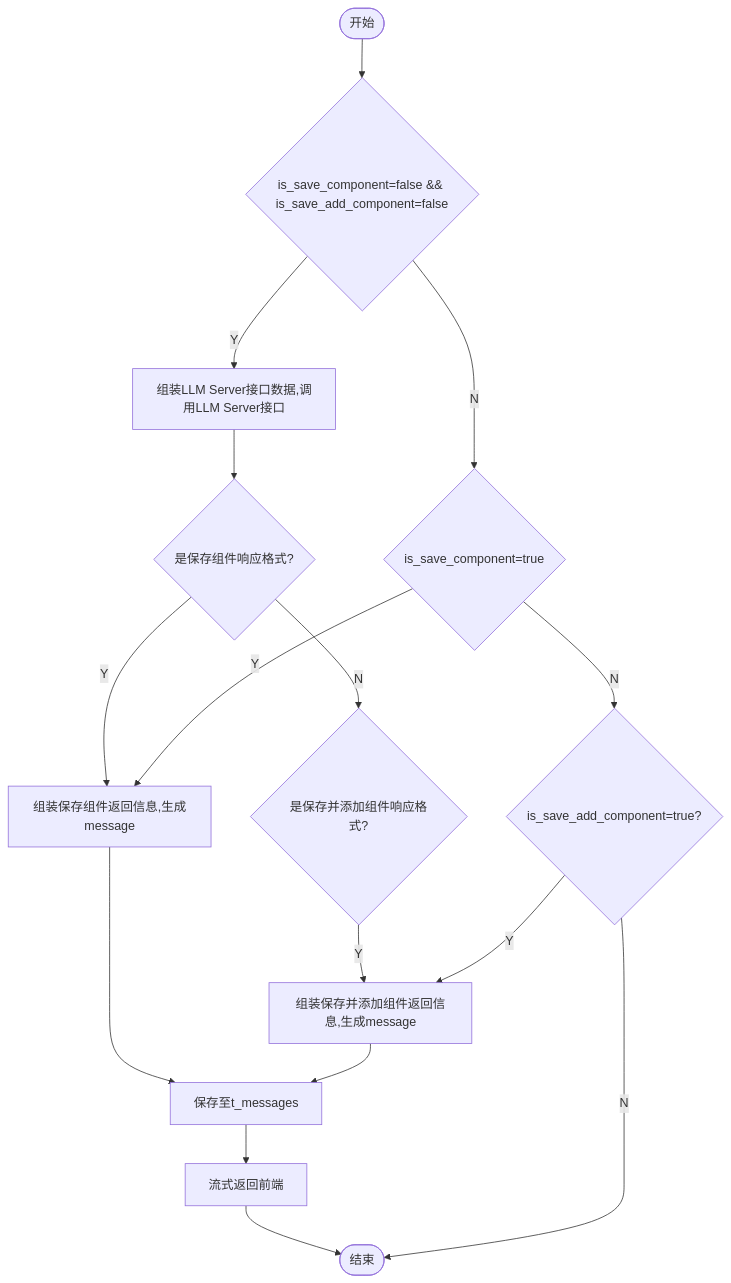
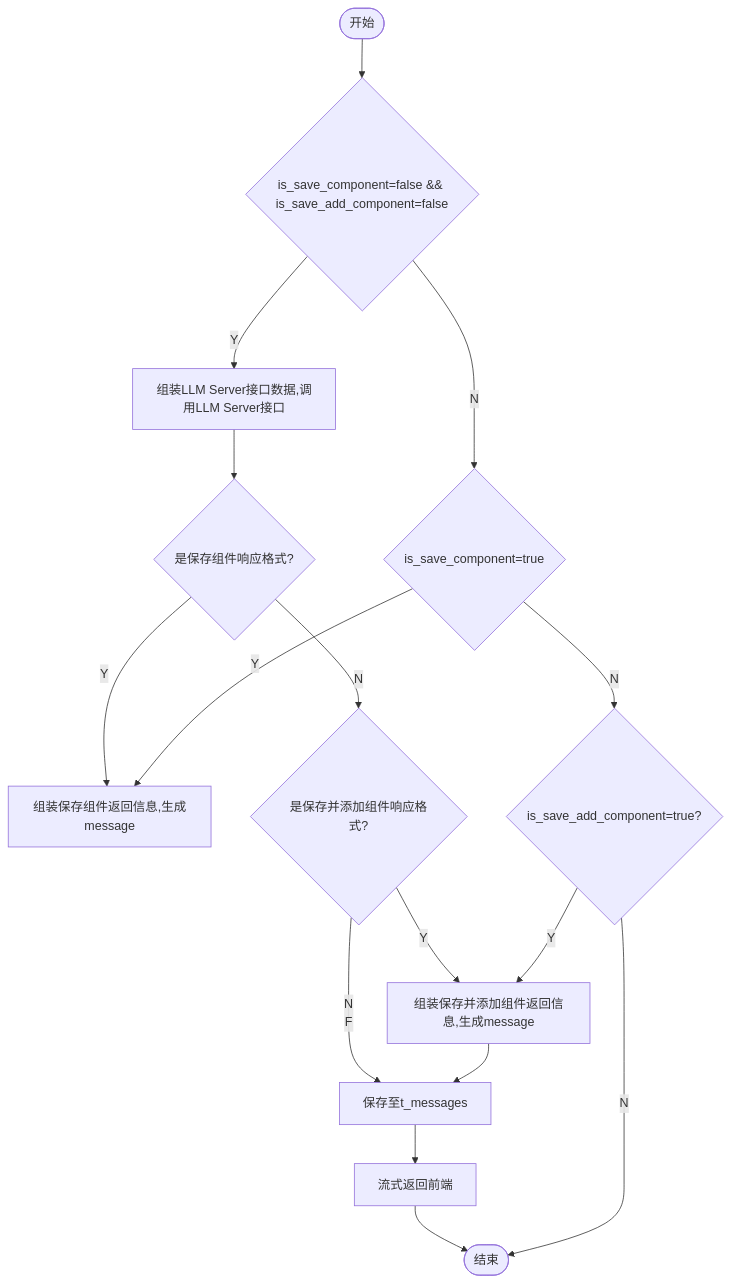
One commit to yingjianzh/iodraw-files changed the diagram in all/未命名-7.md. Above: the diagram before and after it, drawn with Mermaid.

Commit message:
2024-10-12 14:12:21 update

````diff
--- a/all/未命名-7.md
+++ b/all/未命名-7.md
@@ -1,20 +1,20 @@
 ```mermaid
 flowchart TD
     A([开始]) --> B{is_save_component=false && is_save_add_component=false}
     B -- Y --> C[组装LLM Server接口数据,调用LLM Server接口]
     B -- N --> D{is_save_component=true}
     C --> E{是保存组件响应格式?}
     E -- Y --> F[组装保存组件返回信息,生成message]
     E -- N --> L{是保存并添加组件响应格式?}
     L -- Y --> K
-    
+    L -- N
     F --> G[保存至t_messages]
     G --> H[流式返回前端]
     H --> I([结束])
     D -- Y --> F
     D -- N --> J{is_save_add_component=true?}
     J -- Y --> K[组装保存并添加组件返回信息,生成message]
     K --> G
     J -- N --> I
 
 ```
````
